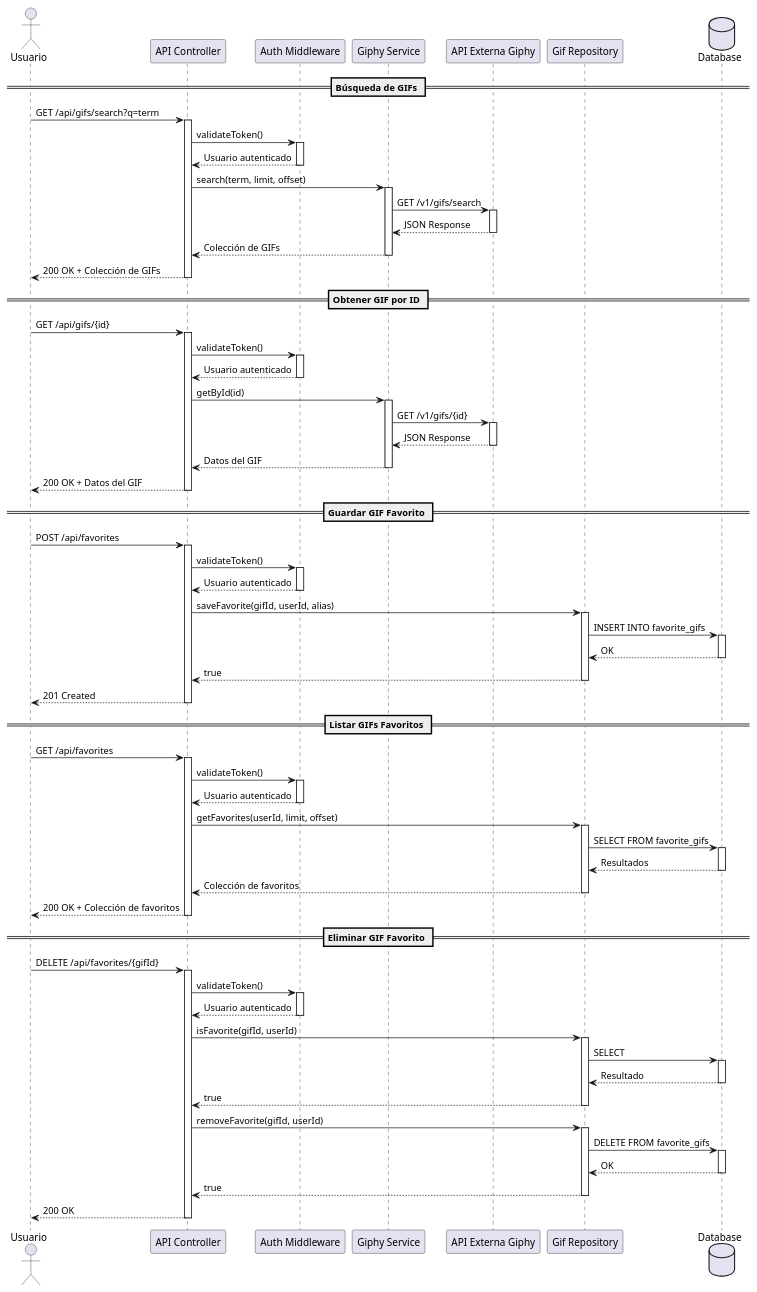
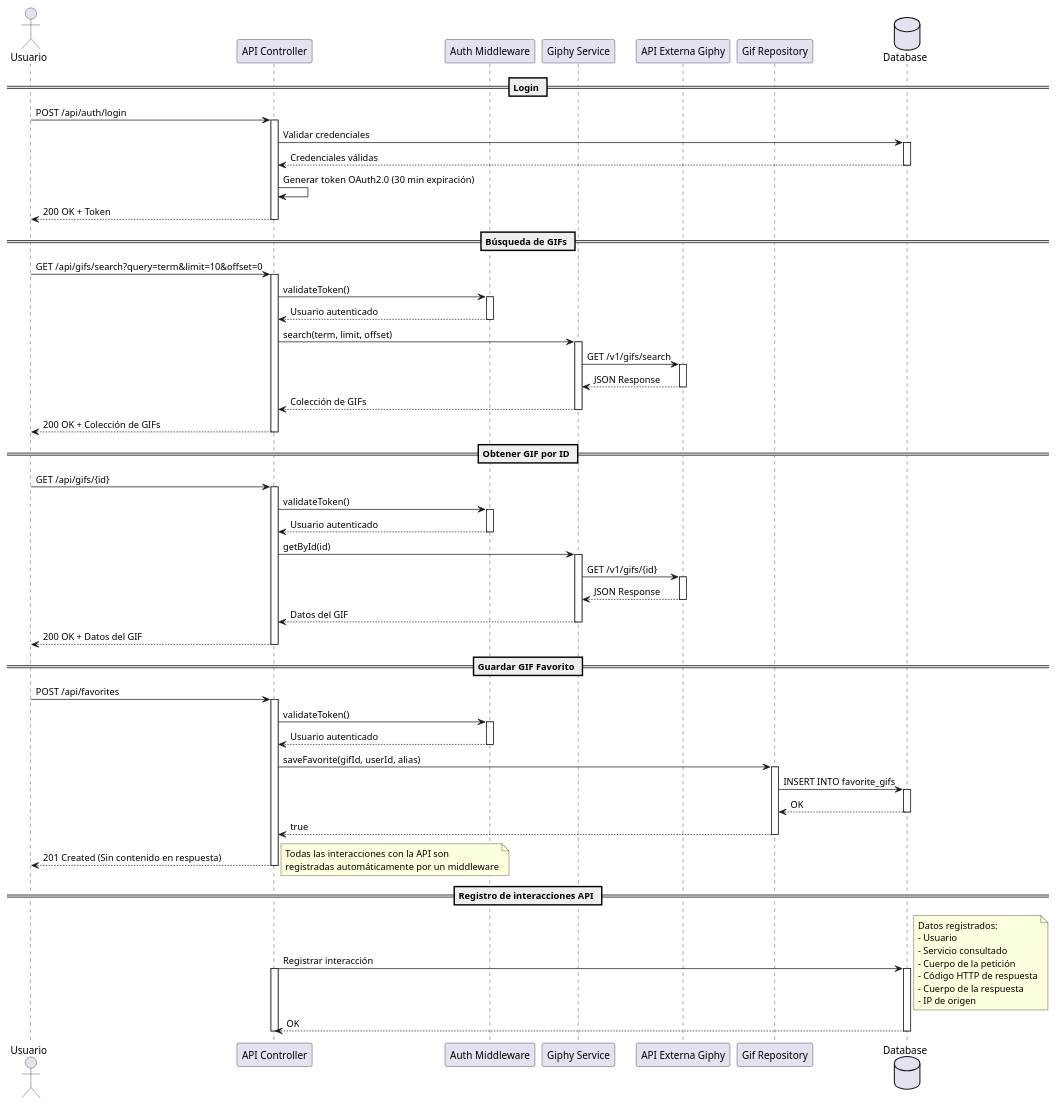
The diagram in docs/diagrams/secuencia_gifs.puml (AndyCHK/giphy-api-app), drawn with PlantUML before and after one commit. The commit also changed 9 other files, not shown here.

Commit message:
docs: Agregados diagramas UML corregidos y colección de Postman completa

```diff
--- a/docs/diagrams/secuencia_gifs.puml
+++ b/docs/diagrams/secuencia_gifs.puml
@@ -1,113 +1,101 @@
 @startuml
 actor "Usuario" as user
 participant "API Controller" as api
 participant "Auth Middleware" as auth
 participant "Giphy Service" as giphy
 participant "API Externa Giphy" as exapi
 participant "Gif Repository" as repo
 database "Database" as db
 
+== Login ==
+
+user -> api : POST /api/auth/login
+activate api
+api -> db : Validar credenciales
+activate db
+db --> api : Credenciales válidas
+deactivate db
+api -> api : Generar token OAuth2.0 (30 min expiración)
+api --> user : 200 OK + Token
+deactivate api
+
 == Búsqueda de GIFs ==
 
-user -> api : GET /api/gifs/search?q=term
+user -> api : GET /api/gifs/search?query=term&limit=10&offset=0
 activate api
 api -> auth : validateToken()
 activate auth
 auth --> api : Usuario autenticado
 deactivate auth
 api -> giphy : search(term, limit, offset)
 activate giphy
 giphy -> exapi : GET /v1/gifs/search
 activate exapi
 exapi --> giphy : JSON Response
 deactivate exapi
 giphy --> api : Colección de GIFs
 deactivate giphy
 api --> user : 200 OK + Colección de GIFs
 deactivate api
 
 == Obtener GIF por ID ==
 
 user -> api : GET /api/gifs/{id}
 activate api
 api -> auth : validateToken()
 activate auth
 auth --> api : Usuario autenticado
 deactivate auth
 api -> giphy : getById(id)
 activate giphy
 giphy -> exapi : GET /v1/gifs/{id}
 activate exapi
 exapi --> giphy : JSON Response
 deactivate exapi
 giphy --> api : Datos del GIF
 deactivate giphy
 api --> user : 200 OK + Datos del GIF
 deactivate api
 
 == Guardar GIF Favorito ==
 
 user -> api : POST /api/favorites
 activate api
 api -> auth : validateToken()
 activate auth
 auth --> api : Usuario autenticado
 deactivate auth
 api -> repo : saveFavorite(gifId, userId, alias)
 activate repo
 repo -> db : INSERT INTO favorite_gifs
 activate db
 db --> repo : OK
 deactivate db
 repo --> api : true
 deactivate repo
-api --> user : 201 Created
+api --> user : 201 Created (Sin contenido en respuesta)
 deactivate api
 
-== Listar GIFs Favoritos ==
+== Registro de interacciones API ==
+note right
+  Todas las interacciones con la API son
+  registradas automáticamente por un middleware
+end note
 
-user -> api : GET /api/favorites
+api -> db : Registrar interacción
 activate api
-api -> auth : validateToken()
-activate auth
-auth --> api : Usuario autenticado
-deactivate auth
-api -> repo : getFavorites(userId, limit, offset)
-activate repo
-repo -> db : SELECT FROM favorite_gifs
 activate db
-db --> repo : Resultados
+note right
+  Datos registrados:
+  - Usuario 
+  - Servicio consultado
+  - Cuerpo de la petición
+  - Código HTTP de respuesta
+  - Cuerpo de la respuesta
+  - IP de origen
+end note
+db --> api : OK
 deactivate db
-repo --> api : Colección de favoritos
-deactivate repo
-api --> user : 200 OK + Colección de favoritos
-deactivate api
-
-== Eliminar GIF Favorito ==
-
-user -> api : DELETE /api/favorites/{gifId}
-activate api
-api -> auth : validateToken()
-activate auth
-auth --> api : Usuario autenticado
-deactivate auth
-api -> repo : isFavorite(gifId, userId)
-activate repo
-repo -> db : SELECT
-activate db
-db --> repo : Resultado
-deactivate db
-repo --> api : true
-deactivate repo
-api -> repo : removeFavorite(gifId, userId)
-activate repo
-repo -> db : DELETE FROM favorite_gifs
-activate db
-db --> repo : OK
-deactivate db
-repo --> api : true
-deactivate repo
-api --> user : 200 OK
 deactivate api
 
 @enduml 
```
